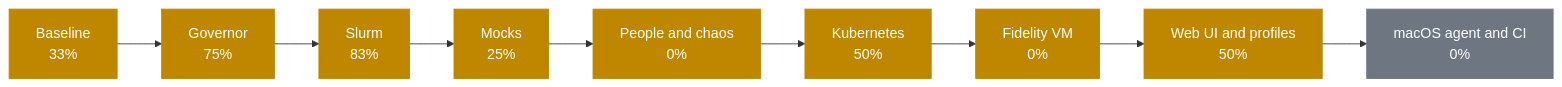
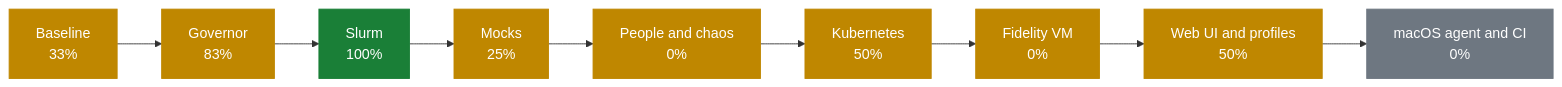
Before and after one commit to AhmedYousriSobhi/workbench: the first of 2 diagrams in docs/PROGRESS.md, drawn with Mermaid. The commit also changed other lines of this file and 13 other files, not shown here.

````diff
--- a/docs/PROGRESS.md
+++ b/docs/PROGRESS.md
@@ -10,17 +10,17 @@
 ```mermaid
 flowchart LR
     p0["Baseline<br/>33%"]:::partial
-    p1["Governor<br/>75%"]:::partial
-    p2["Slurm<br/>83%"]:::partial
+    p1["Governor<br/>83%"]:::partial
+    p2["Slurm<br/>100%"]:::done
     p3["Mocks<br/>25%"]:::partial
     p4["People and chaos<br/>0%"]:::partial
     p5["Kubernetes<br/>50%"]:::partial
     p6["Fidelity VM<br/>0%"]:::partial
     p7["Web UI and profiles<br/>50%"]:::partial
     p8["macOS agent and CI<br/>0%"]:::todo
     p0 --> p1 --> p2 --> p3 --> p4 --> p5 --> p6 --> p7 --> p8
     classDef done fill:#1a7f37,stroke:#1a7f37,color:#fff
     classDef review fill:#0969da,stroke:#0969da,color:#fff
     classDef partial fill:#bf8700,stroke:#bf8700,color:#fff
     classDef todo fill:#6e7781,stroke:#6e7781,color:#fff
 ```
````
